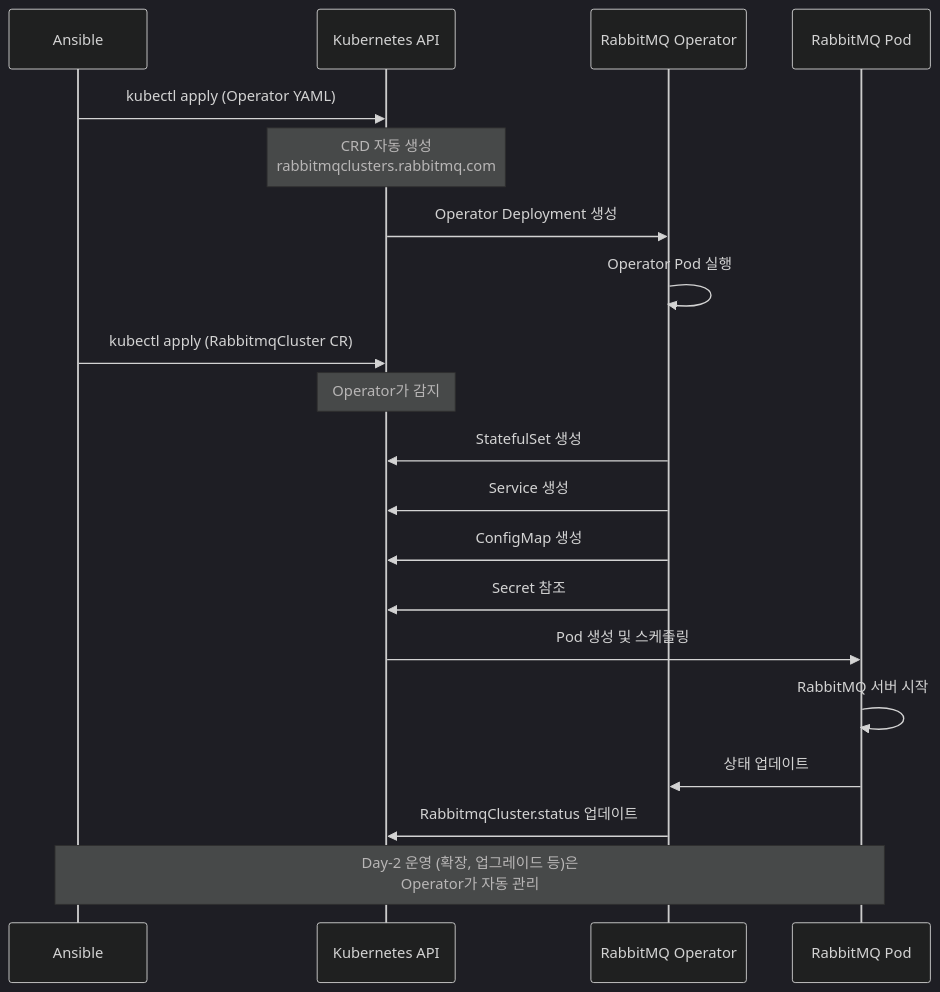
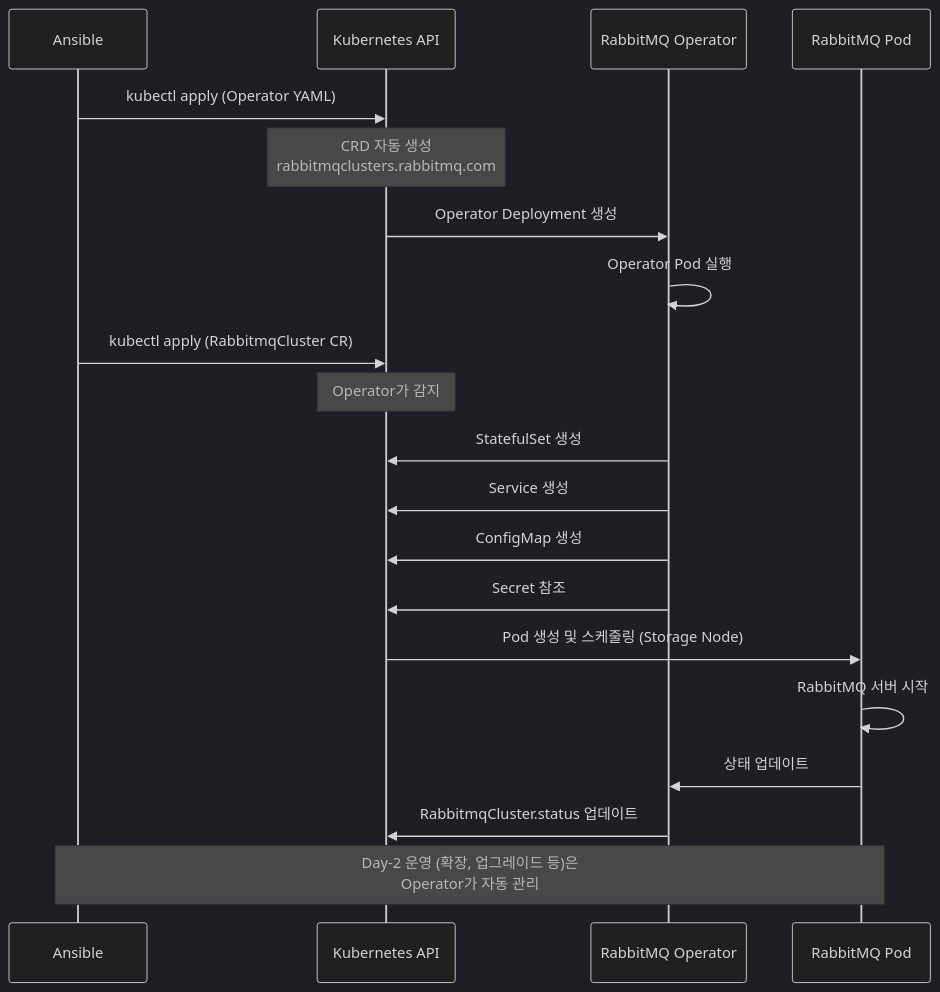
One commit to eco2-team/backend changed the fifth of 8 diagrams in docs/architecture/INFRASTRUCTURE_DEPLOYMENT_DIAGRAM.md. Above: the diagram before and after it, drawn with Mermaid (dark theme). The commit also changed other lines of this file and 10 other files, not shown here.

````diff
--- a/docs/architecture/INFRASTRUCTURE_DEPLOYMENT_DIAGRAM.md
+++ b/docs/architecture/INFRASTRUCTURE_DEPLOYMENT_DIAGRAM.md
@@ -172,28 +213,28 @@
 ```mermaid
 sequenceDiagram
     participant Ansible
     participant K8s as Kubernetes API
     participant Operator as RabbitMQ Operator
     participant Pod as RabbitMQ Pod
     
     Ansible->>K8s: kubectl apply (Operator YAML)
     Note over K8s: CRD 자동 생성<br/>rabbitmqclusters.rabbitmq.com
     
     K8s->>Operator: Operator Deployment 생성
     Operator->>Operator: Operator Pod 실행
     
     Ansible->>K8s: kubectl apply (RabbitmqCluster CR)
     Note over K8s: Operator가 감지
     
     Operator->>K8s: StatefulSet 생성
     Operator->>K8s: Service 생성
     Operator->>K8s: ConfigMap 생성
     Operator->>K8s: Secret 참조
     
-    K8s->>Pod: Pod 생성 및 스케줄링
+    K8s->>Pod: Pod 생성 및 스케줄링 (Storage Node)
     Pod->>Pod: RabbitMQ 서버 시작
     Pod->>Operator: 상태 업데이트
     Operator->>K8s: RabbitmqCluster.status 업데이트
     
     Note over Ansible,Pod: Day-2 운영 (확장, 업그레이드 등)은<br/>Operator가 자동 관리
 ```
````
